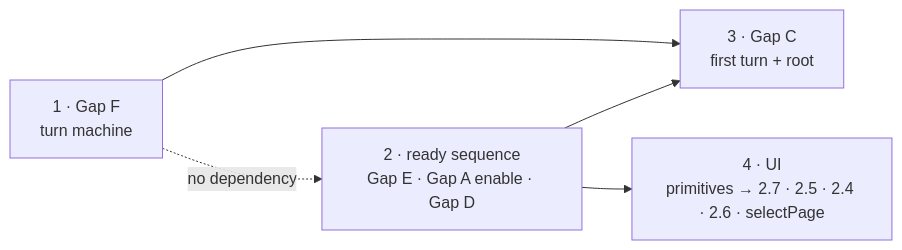
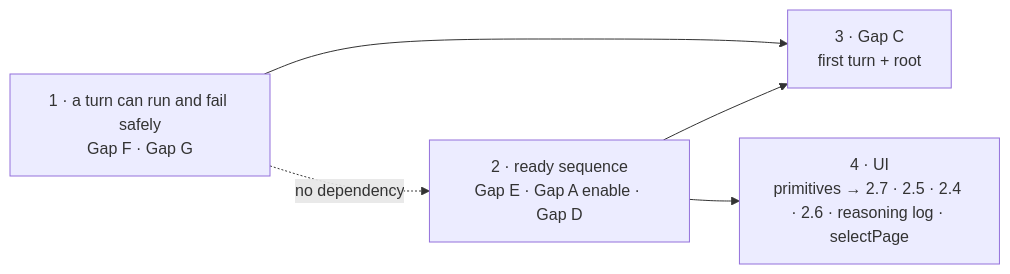
Before and after one commit to khmilevoi/termcraft: the diagram in docs/superpowers/specs/2026-07-26-mvp-blocker-fix-bundle-design.md, drawn with Mermaid. The commit also changed other lines of this file, not shown here.

First line of the commit message:
docs: fold Gap G and the reasoning log into the fix-bundle spec

````diff
--- a/docs/superpowers/specs/2026-07-26-mvp-blocker-fix-bundle-design.md
+++ b/docs/superpowers/specs/2026-07-26-mvp-blocker-fix-bundle-design.md
@@ -57,7 +68,7 @@
 ```mermaid
 flowchart LR
-    F["1 · Gap F<br/>turn machine"] --> C["3 · Gap C<br/>first turn + root"]
+    F["1 · a turn can run and fail safely<br/>Gap F · Gap G"] --> C["3 · Gap C<br/>first turn + root"]
     R["2 · ready sequence<br/>Gap E · Gap A enable · Gap D"] --> C
-    R --> U["4 · UI<br/>primitives → 2.7 · 2.5 · 2.4 · 2.6 · selectPage"]
+    R --> U["4 · UI<br/>primitives → 2.7 · 2.5 · 2.4 · 2.6 · reasoning log · selectPage"]
     F -.->|"no dependency"| R
 ```
````
